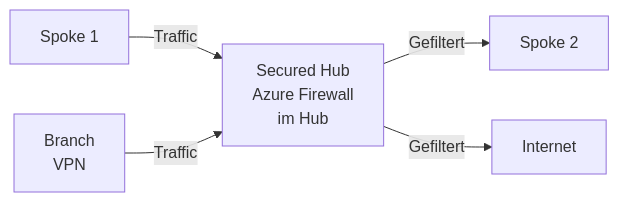
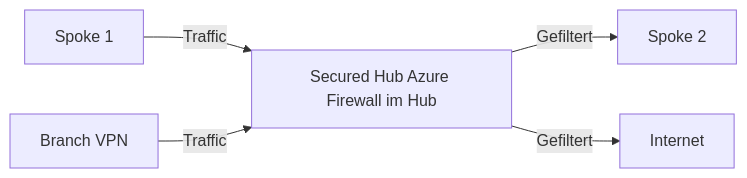
Before and after one commit to SoniiiT/notes-n-docs: the fourth of 5 diagrams in Microsoft 365/Azure/Netzwerk/Azure Virtual WAN.md, drawn with Mermaid. The commit also changed other lines of this file and 124 other files, not shown here.

First line of the commit message:
fix: Entferne \n aus allen Mermaid-Diagrammen (125 Dateien)

````diff
--- a/Microsoft 365/Azure/Netzwerk/Azure Virtual WAN.md
+++ b/Microsoft 365/Azure/Netzwerk/Azure Virtual WAN.md
@@ -208,7 +208,7 @@
 ```mermaid
 graph LR
-    SPOKE1[Spoke 1] -->|Traffic| SECHUBB[Secured Hub\nAzure Firewall\nim Hub]
-    BRANCH[Branch\nVPN] -->|Traffic| SECHUBB
+    SPOKE1[Spoke 1] -->|Traffic| SECHUBB[Secured Hub Azure Firewall im Hub]
+    BRANCH[Branch VPN] -->|Traffic| SECHUBB
     SECHUBB -->|Gefiltert| SPOKE2[Spoke 2]
     SECHUBB -->|Gefiltert| INT[Internet]
 ```
````
